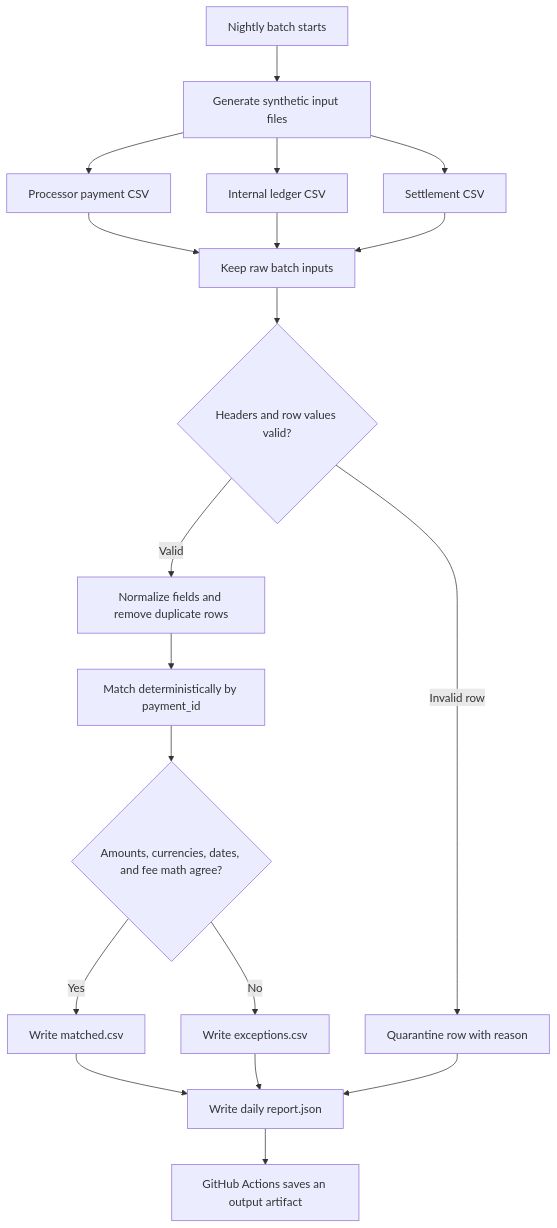
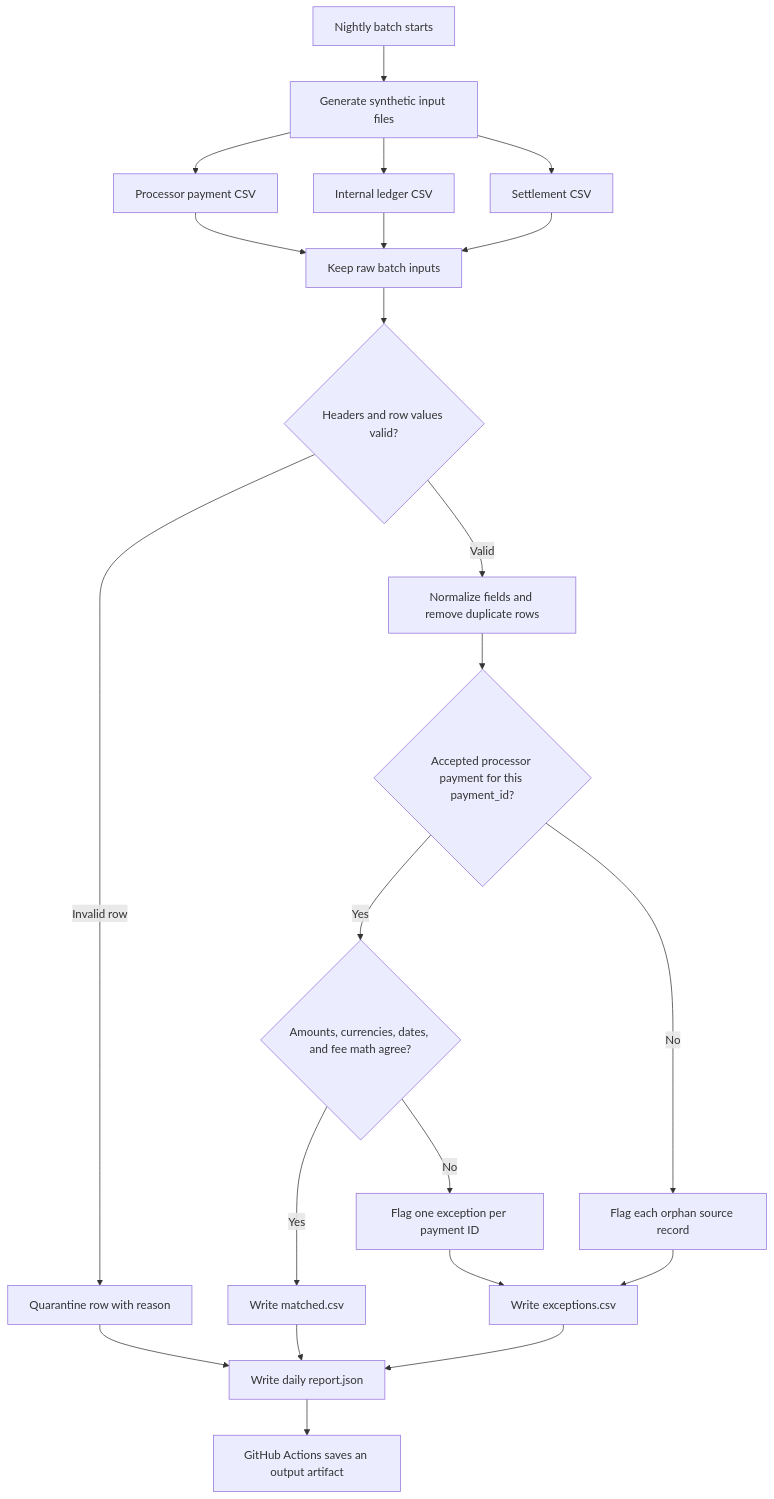
One commit to RalphAI-suiii/payment-reconciliation-pipeline changed the diagram in README.md. Above: the diagram before and after it, drawn with Mermaid. The commit also changed other lines of this file and 2 other files, not shown here.

First line of the commit message:
Report orphan ledger and settlement records (#3)

````diff
--- a/README.md
+++ b/README.md
@@ -9,24 +9,27 @@
 ```mermaid
 flowchart TD
     A["Nightly batch starts"] --> B["Generate synthetic input files"]
     B --> C["Processor payment CSV"]
     B --> D["Internal ledger CSV"]
     B --> E["Settlement CSV"]
 
     C --> F["Keep raw batch inputs"]
     D --> F
     E --> F
 
     F --> G{"Headers and row values valid?"}
     G -- "Invalid row" --> Q["Quarantine row with reason"]
     G -- "Valid" --> H["Normalize fields and remove duplicate rows"]
-    H --> I["Match deterministically by payment_id"]
-    I --> J{"Amounts, currencies, dates, and fee math agree?"}
+    H --> I{"Accepted processor payment for this payment_id?"}
+    I -- "Yes" --> J{"Amounts, currencies, dates, and fee math agree?"}
+    I -- "No" --> O["Flag each orphan source record"]
     J -- "Yes" --> K["Write matched.csv"]
-    J -- "No" --> X["Write exceptions.csv"]
+    J -- "No" --> P["Flag one exception per payment ID"]
+    O --> X["Write exceptions.csv"]
+    P --> X
 
     K --> R["Write daily report.json"]
     X --> R
     Q --> R
     R --> S["GitHub Actions saves an output artifact"]
 ```
````
